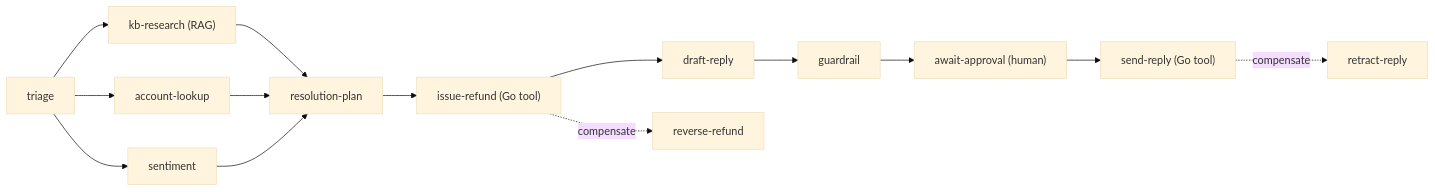
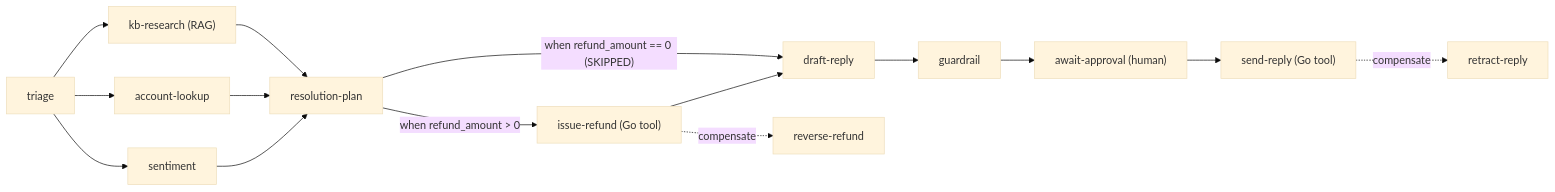
Before and after one commit to avivklas/plexus-flow-agent-pipeline-showcase: the diagram in README.md, drawn with Mermaid (base theme). The commit also changed other lines of this file and 9 other files, not shown here.

Commit message:
feat: adopt plexus-flow conditional When branching, time-travel step replay, zero-CDC search, and typed Go tools

````diff
--- a/README.md
+++ b/README.md
@@ -42,16 +43,17 @@
 ```mermaid
 flowchart LR
   T[triage] --> K["kb-research (RAG)"]
   T --> A[account-lookup]
   T --> S[sentiment]
   K --> P[resolution-plan]
   A --> P
   S --> P
-  P --> R["issue-refund (Go tool)"]
-  R --> D[draft-reply]
+  P -->|"when refund_amount > 0"| R["issue-refund (Go tool)"]
+  P -->|"when refund_amount == 0 (SKIPPED)"| D[draft-reply]
+  R --> D
   D --> G[guardrail]
   G --> H["await-approval (human)"]
   H --> X["send-reply (Go tool)"]
   R -. compensate .-> RR[reverse-refund]
   X -. compensate .-> XR[retract-reply]
 ```
````
